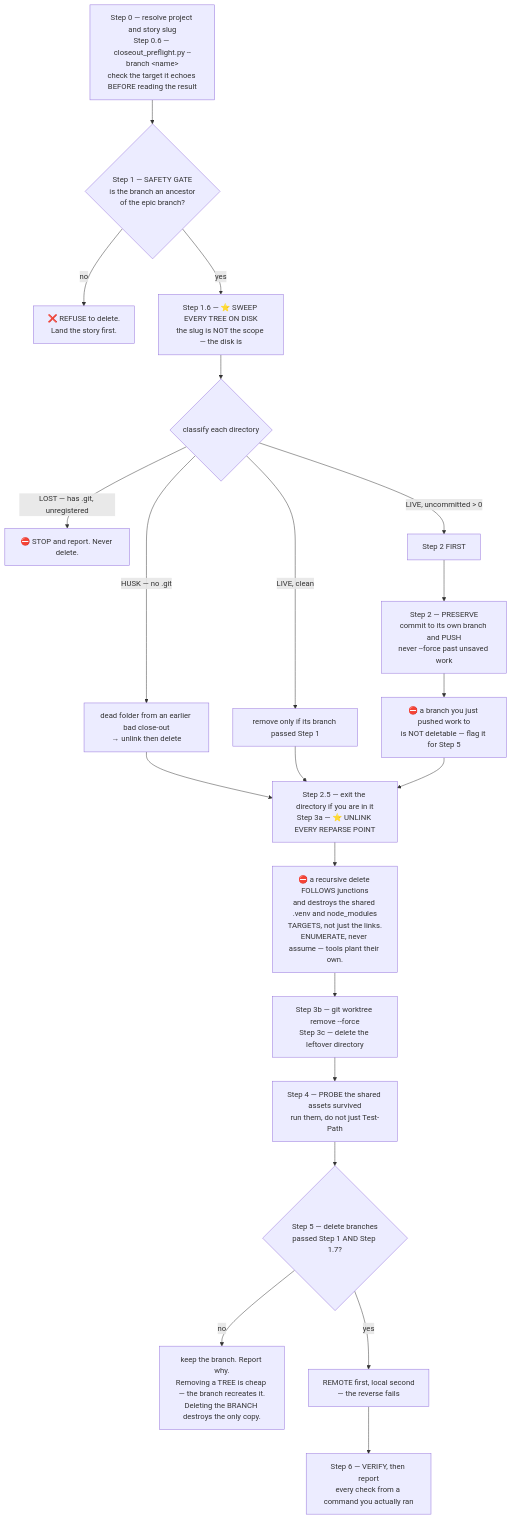
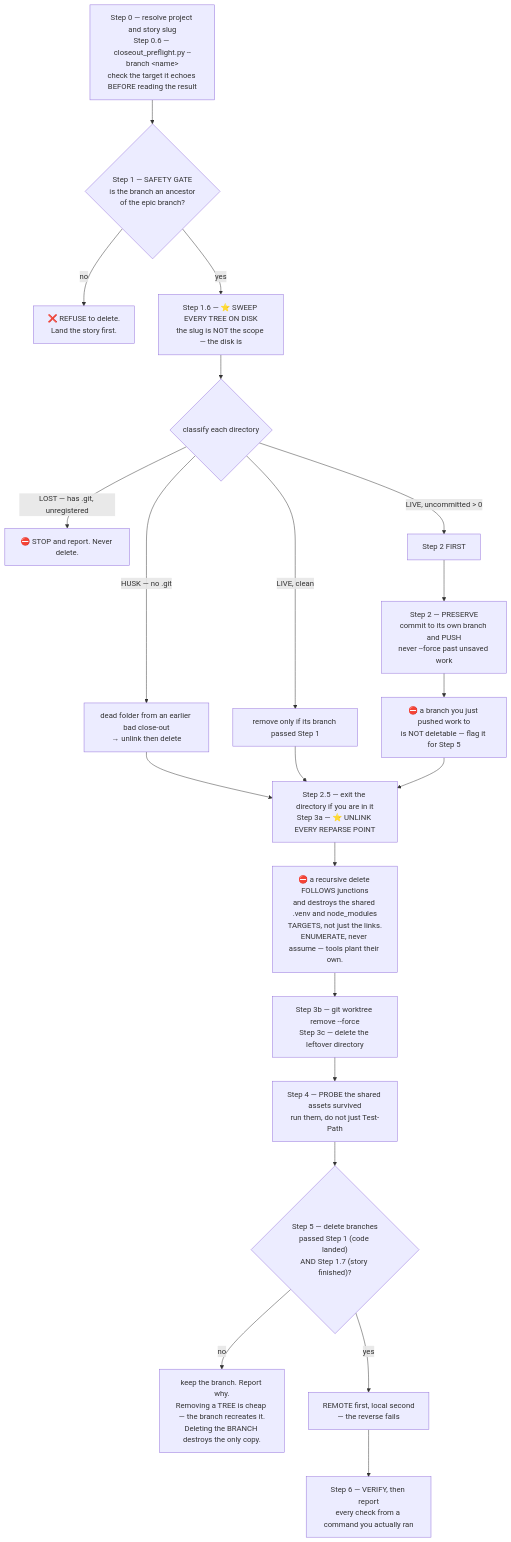
Before and after one commit to sudomadhatter/Sudo_Hatter_Command: diagram 11 of 23 in docs/_scc_sops_prds/workflows_testing_SOP.md, drawn with Mermaid. The commit also changed other lines of this file and 1 other file, not shown here.

````diff
--- a/docs/_scc_sops_prds/workflows_testing_SOP.md
+++ b/docs/_scc_sops_prds/workflows_testing_SOP.md
@@ -660,23 +660,23 @@
 ```mermaid
 flowchart TD
     S0["Step 0 — resolve project and story slug\nStep 0.6 — closeout_preflight.py --branch &lt;name&gt;\ncheck the target it echoes BEFORE reading the result"] --> S1{"Step 1 — SAFETY GATE\nis the branch an ancestor\nof the epic branch?"}
     S1 -- "no" --> REFUSE["❌ REFUSE to delete.\nLand the story first."]
     S1 -- "yes" --> S16["Step 1.6 — ⭐ SWEEP EVERY TREE ON DISK\nthe slug is NOT the scope — the disk is"]
     S16 --> CLASS{"classify each directory"}
     CLASS -- "HUSK — no .git" --> H["dead folder from an earlier bad close-out\n→ unlink then delete"]
     CLASS -- "LOST — has .git, unregistered" --> L["⛔ STOP and report. Never delete."]
     CLASS -- "LIVE, clean" --> LC["remove only if its branch passed Step 1"]
     CLASS -- "LIVE, uncommitted &gt; 0" --> LD["Step 2 FIRST"]
     LD --> S2["Step 2 — PRESERVE\ncommit to its own branch and PUSH\nnever --force past unsaved work"]
     S2 --> FLAG["⛔ a branch you just pushed work to\nis NOT deletable — flag it for Step 5"]
     H --> S3
     LC --> S3
     FLAG --> S3["Step 2.5 — exit the directory if you are in it\nStep 3a — ⭐ UNLINK EVERY REPARSE POINT"]
     S3 --> WHY["⛔ a recursive delete FOLLOWS junctions\nand destroys the shared .venv and node_modules\nTARGETS, not just the links.\nENUMERATE, never assume — tools plant their own."]
     WHY --> S3B["Step 3b — git worktree remove --force\nStep 3c — delete the leftover directory"]
     S3B --> S4["Step 4 — PROBE the shared assets survived\nrun them, do not just Test-Path"]
-    S4 --> S5{"Step 5 — delete branches\npassed Step 1 AND Step 1.7?"}
+    S4 --> S5{"Step 5 — delete branches\npassed Step 1 (code landed)\nAND Step 1.7 (story finished)?"}
     S5 -- "no" --> KEEP["keep the branch. Report why.\nRemoving a TREE is cheap — the branch recreates it.\nDeleting the BRANCH destroys the only copy."]
     S5 -- "yes" --> DEL["REMOTE first, local second\n— the reverse fails"]
     DEL --> S6["Step 6 — VERIFY, then report\nevery check from a command you actually ran"]
 ```
````
